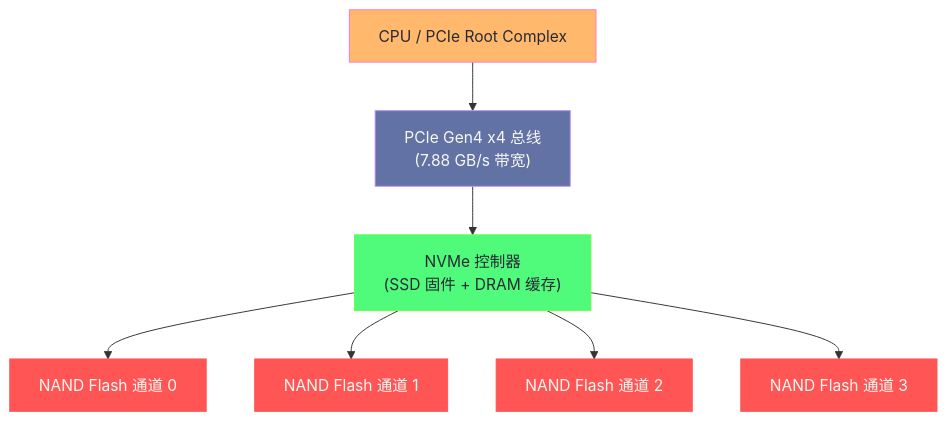
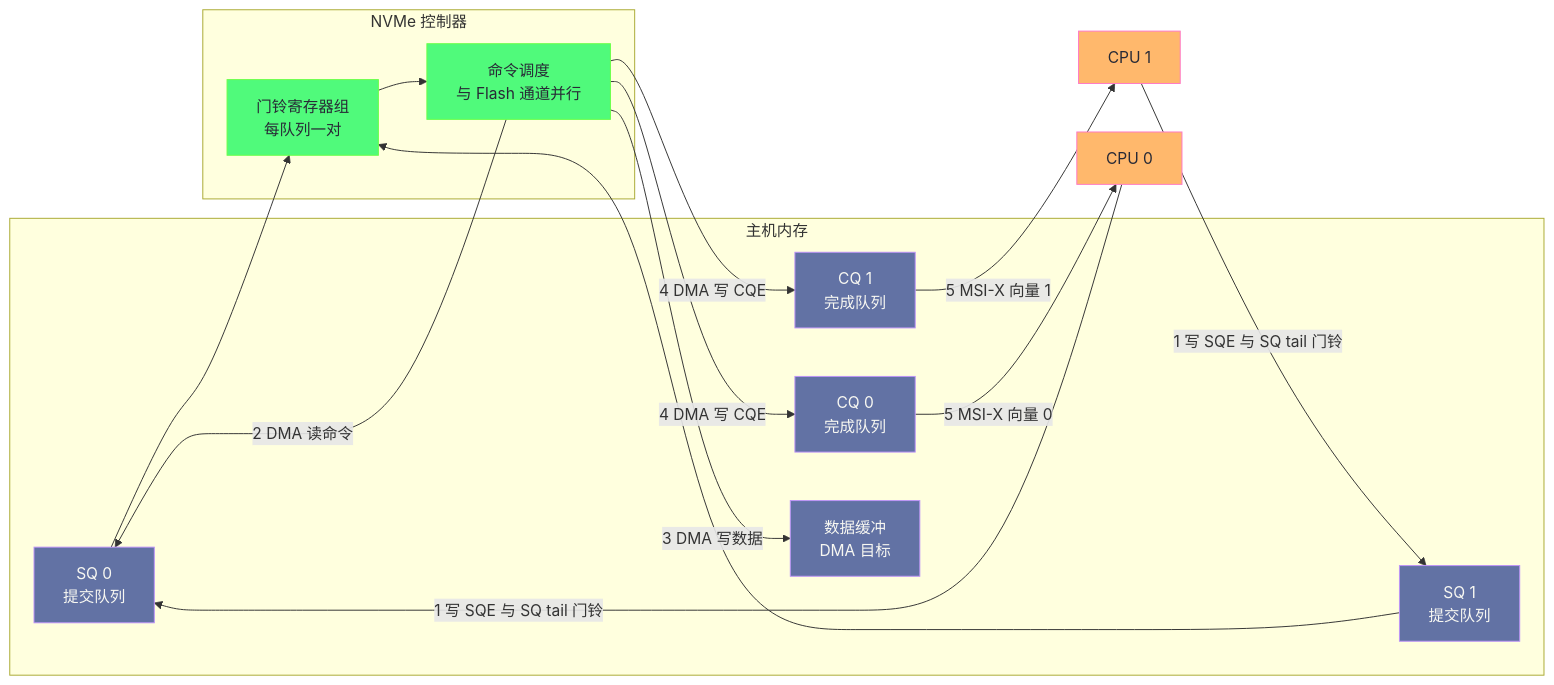
The first of 5 diagrams in content/Linux/文件系统/10 现代存储技术——NVMe、io_uring 与用户态存储.md (hpliStartAgain/my-brain), drawn with Mermaid before and after one commit. The commit also changed other lines of this file and 455 other files, not shown here.

````diff
--- a/content/Linux/文件系统/10 现代存储技术——NVMe、io_uring 与用户态存储.md
+++ b/content/Linux/文件系统/10 现代存储技术——NVMe、io_uring 与用户态存储.md
@@ -36,23 +55,31 @@
 ```mermaid
 %%{init: {'theme': 'dracula'}}%%
-graph TD
+flowchart LR
+    subgraph HOST["主机内存"]
+        SQ0["SQ 0<br/>提交队列"]:::mem
+        CQ0["CQ 0<br/>完成队列"]:::mem
+        SQ1["SQ 1<br/>提交队列"]:::mem
+        CQ1["CQ 1<br/>完成队列"]:::mem
+        BUF["数据缓冲<br/>DMA 目标"]:::mem
+    end
+    subgraph DEV["NVMe 控制器"]
+        DB["门铃寄存器组<br/>每队列一对"]:::ctrl
+        SCHED["命令调度<br/>与 Flash 通道并行"]:::ctrl
+    end
+    CPU0["CPU 0"]:::cpu
+    CPU1["CPU 1"]:::cpu
+    CPU0 -->|"1 写 SQE 与 SQ tail 门铃"| SQ0
+    CPU1 -->|"1 写 SQE 与 SQ tail 门铃"| SQ1
+    SQ0 --> DB
+    SQ1 --> DB
+    DB --> SCHED
+    SCHED -->|"2 DMA 读命令"| SQ0
+    SCHED -->|"3 DMA 写数据"| BUF
+    SCHED -->|"4 DMA 写 CQE"| CQ0
+    SCHED -->|"4 DMA 写 CQE"| CQ1
+    CQ0 -->|"5 MSI-X 向量 0"| CPU0
+    CQ1 -->|"5 MSI-X 向量 1"| CPU1
     classDef cpu fill:#ffb86c,stroke:#ff79c6,color:#282a36
-    classDef pcie fill:#6272a4,stroke:#bd93f9,color:#f8f8f2
+    classDef mem fill:#6272a4,stroke:#bd93f9,color:#f8f8f2
     classDef ctrl fill:#50fa7b,stroke:#69ff47,color:#282a36
-    classDef nand fill:#ff5555,stroke:#ff5555,color:#f8f8f2
-
-    CPU["CPU / PCIe Root Complex"]:::cpu
-    PCIE["PCIe Gen4 x4 总线</br>(7.88 GB/s 带宽)"]:::pcie
-    CTRL["NVMe 控制器</br>(SSD 固件 + DRAM 缓存)"]:::ctrl
-    CH0["NAND Flash 通道 0"]:::nand
-    CH1["NAND Flash 通道 1"]:::nand
-    CH2["NAND Flash 通道 2"]:::nand
-    CH3["NAND Flash 通道 3"]:::nand
-
-    CPU --> PCIE
-    PCIE --> CTRL
-    CTRL --> CH0
-    CTRL --> CH1
-    CTRL --> CH2
-    CTRL --> CH3
 ```
````
